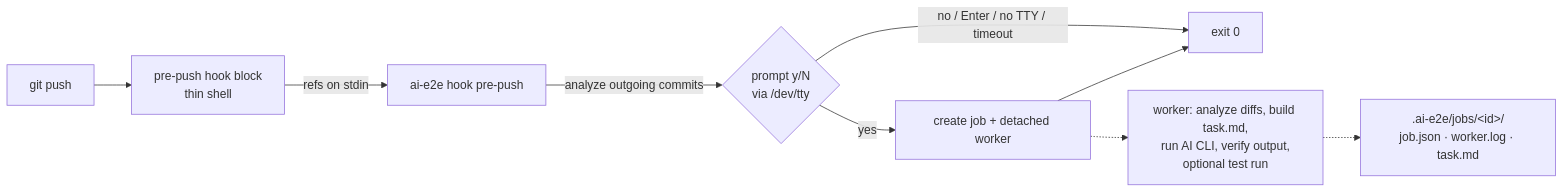
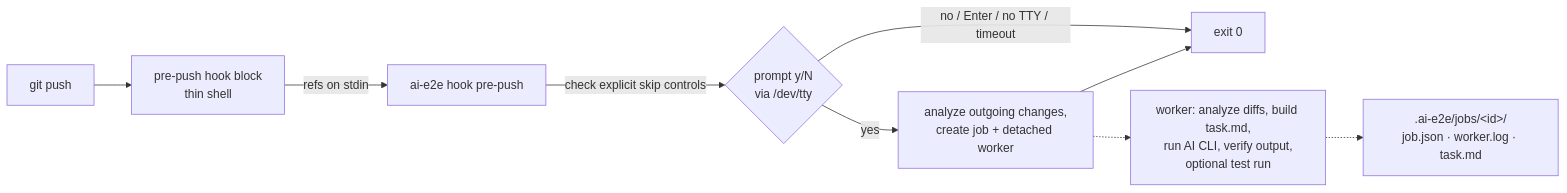
Before and after one commit to Raj-Pratik/e2e-ai: the diagram in README.md, drawn with Mermaid. The commit also changed other lines of this file and 26 other files, not shown here.

````diff
--- a/README.md
+++ b/README.md
@@ -19,11 +21,11 @@
 ```mermaid
 flowchart LR
   A[git push] --> B[pre-push hook block<br/>thin shell]
   B -->|refs on stdin| C[ai-e2e hook pre-push]
-  C -->|analyze outgoing commits| D{prompt y/N<br/>via /dev/tty}
+  C -->|check explicit skip controls| D{prompt y/N<br/>via /dev/tty}
   D -->|no / Enter / no TTY / timeout| E[exit 0]
-  D -->|yes| F[create job + detached worker]
+  D -->|yes| F[analyze outgoing changes,<br/>create job + detached worker]
   F --> E
   F -.-> G[worker: analyze diffs, build task.md,<br/>run AI CLI, verify output,<br/>optional test run]
   G -.-> H[.ai-e2e/jobs/&lt;id&gt;/<br/>job.json · worker.log · task.md]
 ```
````
